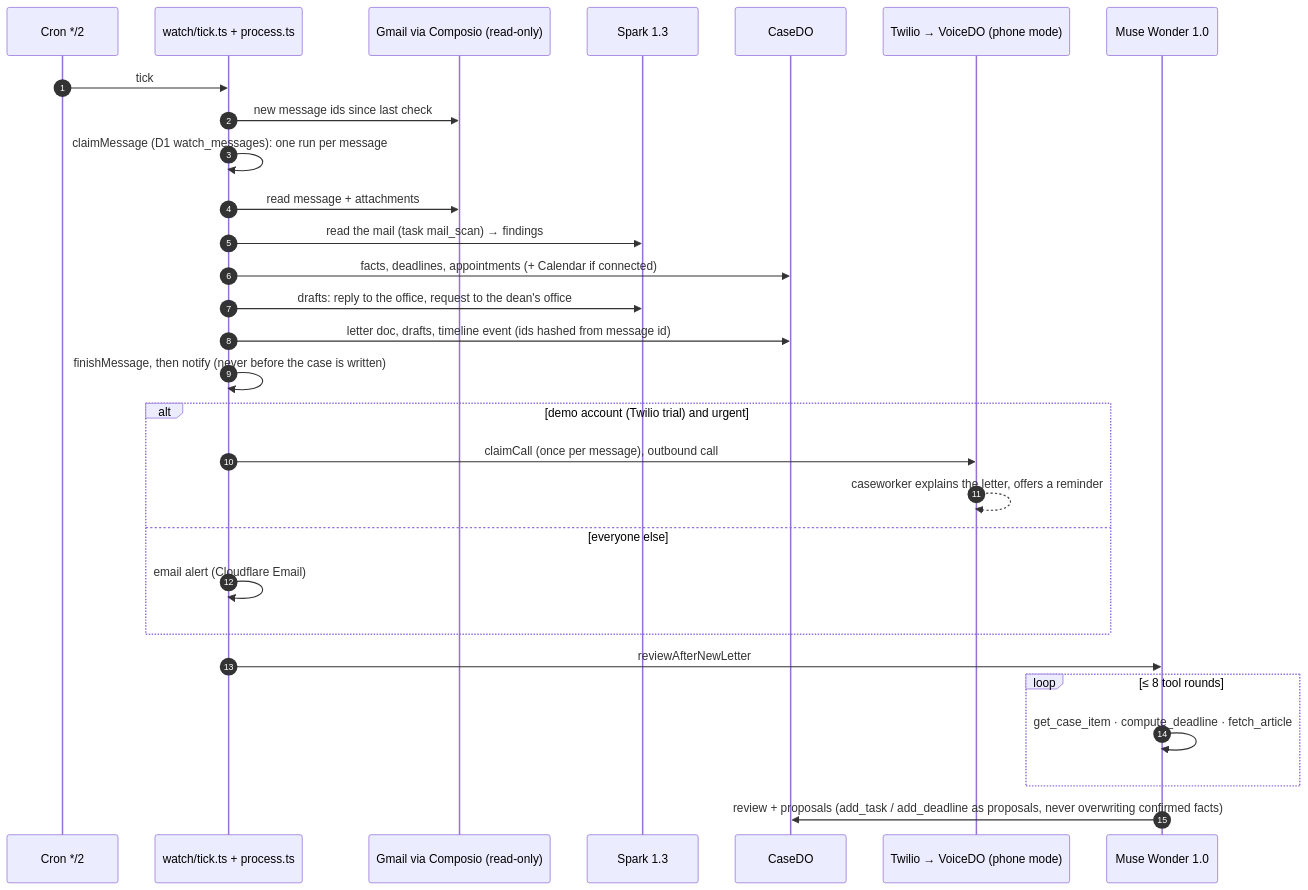
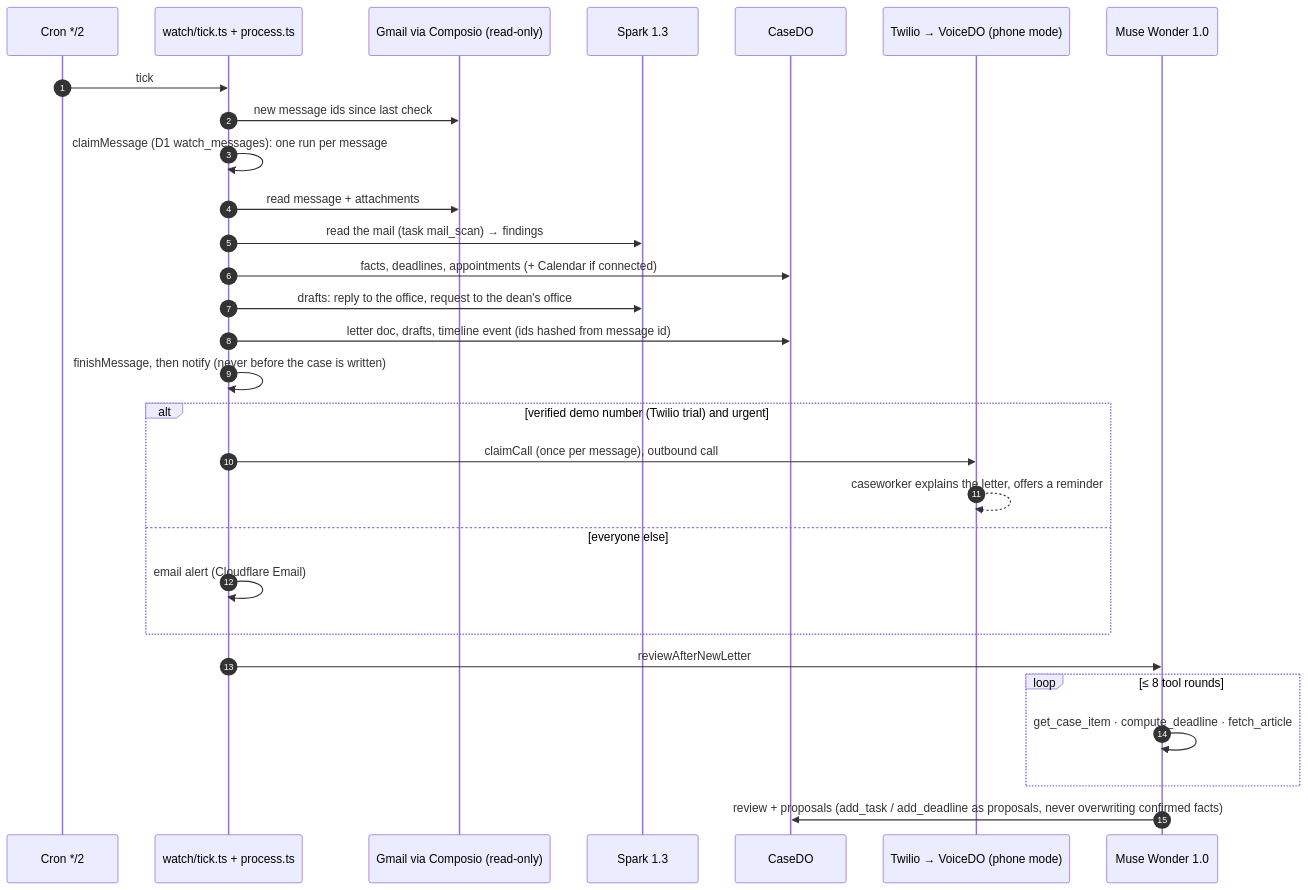
The fourth of 4 diagrams in docs/architecture.md (gabrielantonyxaviour/dossierly-meta), drawn with Mermaid before and after one commit. The commit also changed 6 other files, not shown here.

First line of the commit message:
Neutral wording: test letters and the eval set are 'generated (no personal data)', calls go to 'the verified demo number (Twilio trial)', no 'fictional/SAMPLE' labels in README, docs or landing comments; Limits states test letters and the demo persona are generated

````diff
--- a/docs/architecture.md
+++ b/docs/architecture.md
@@ -114,31 +114,31 @@
 ```mermaid
 sequenceDiagram
   autonumber
   participant Cr as Cron */2
   participant Wt as watch/tick.ts + process.ts
   participant Gm as Gmail via Composio (read-only)
   participant Sp as Spark 1.3
   participant C as CaseDO
   participant Tw as Twilio → VoiceDO (phone mode)
   participant Wo as Muse Wonder 1.0
   Cr->>Wt: tick
   Wt->>Gm: new message ids since last check
   Wt->>Wt: claimMessage (D1 watch_messages): one run per message
   Wt->>Gm: read message + attachments
   Wt->>Sp: read the mail (task mail_scan) → findings
   Wt->>C: facts, deadlines, appointments (+ Calendar if connected)
   Wt->>Sp: drafts: reply to the office, request to the dean's office
   Wt->>C: letter doc, drafts, timeline event (ids hashed from message id)
   Wt->>Wt: finishMessage, then notify (never before the case is written)
-  alt demo account (Twilio trial) and urgent
+  alt verified demo number (Twilio trial) and urgent
     Wt->>Tw: claimCall (once per message), outbound call
     Tw-->>Tw: caseworker explains the letter, offers a reminder
   else everyone else
     Wt->>Wt: email alert (Cloudflare Email)
   end
   Wt->>Wo: reviewAfterNewLetter
   loop ≤ 8 tool rounds
     Wo->>Wo: get_case_item · compute_deadline · fetch_article
   end
   Wo->>C: review + proposals (add_task / add_deadline as proposals, never overwriting confirmed facts)
 ```
````
